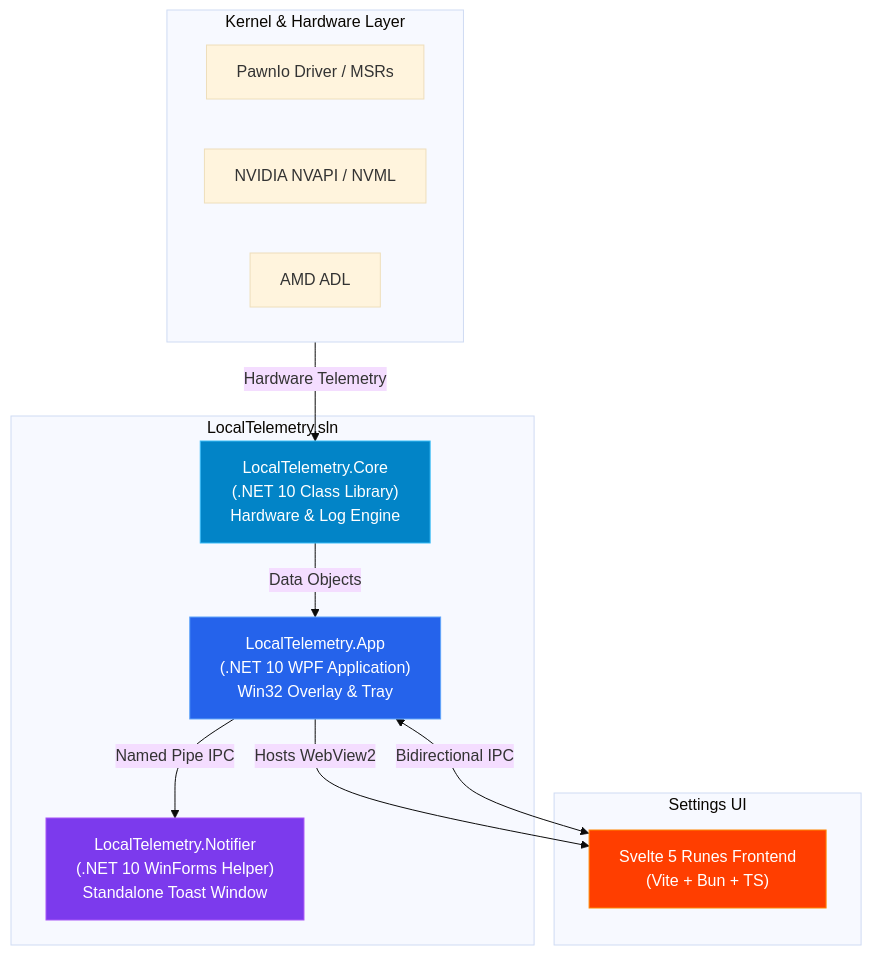
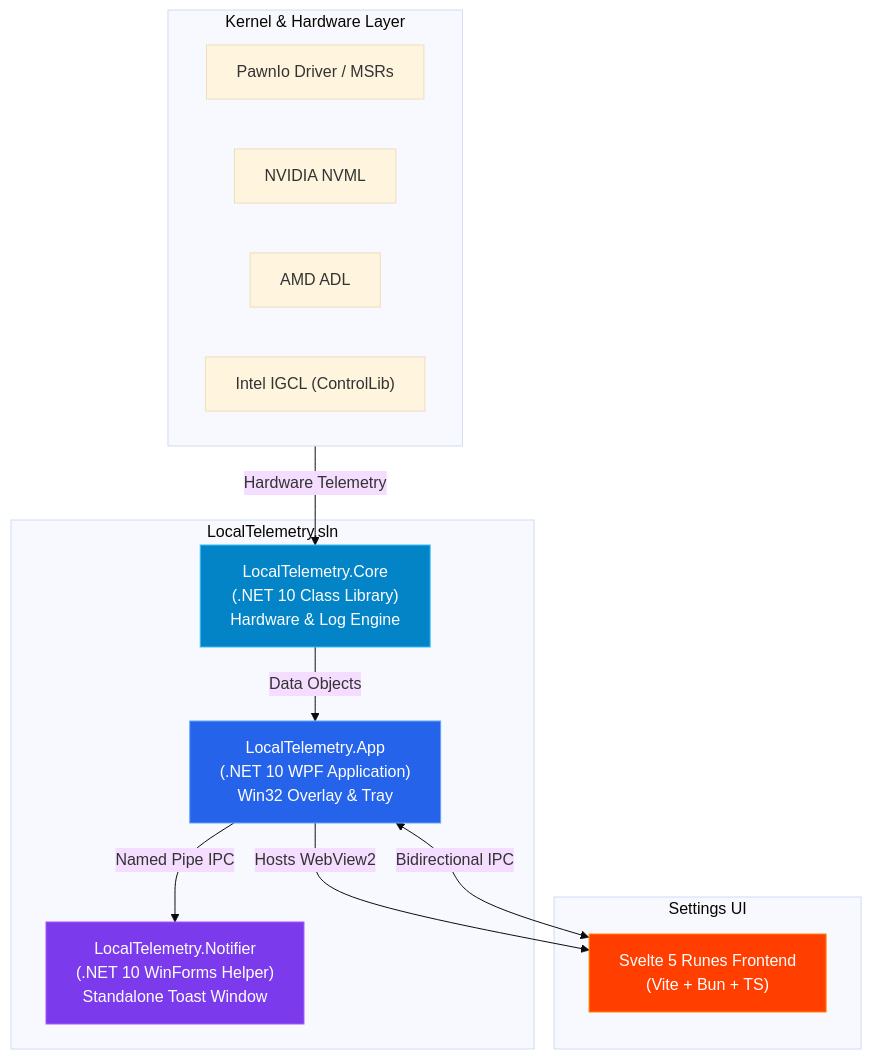
Before and after one commit to Nicconike/LocalTelemetry: the diagram in docs/developer-guide/index.md, drawn with Mermaid (base theme). The commit also changed other lines of this file and 74 other files, not shown here.

````diff
--- a/docs/developer-guide/index.md
+++ b/docs/developer-guide/index.md
@@ -11,29 +11,30 @@
 ```mermaid
 flowchart TD
     subgraph Solution["LocalTelemetry.sln"]
         Core["LocalTelemetry.Core<br/>(.NET 10 Class Library)<br/>Hardware & Log Engine"]
         App["LocalTelemetry.App<br/>(.NET 10 WPF Application)<br/>Win32 Overlay & Tray"]
         Notifier["LocalTelemetry.Notifier<br/>(.NET 10 WinForms Helper)<br/>Standalone Toast Window"]
     end
 
     subgraph Drivers["Kernel & Hardware Layer"]
         PawnIo["PawnIo Driver / MSRs"]
-        NVAPI["NVIDIA NVAPI / NVML"]
+        NVML["NVIDIA NVML"]
         ADL["AMD ADL"]
+        IGCL["Intel IGCL (ControlLib)"]
     end
 
     subgraph UI["Settings UI"]
         Svelte["Svelte 5 Runes Frontend<br/>(Vite + Bun + TS)"]
     end
 
     Drivers -->|Hardware Telemetry| Core
     Core -->|Data Objects| App
     App -->|Hosts WebView2| Svelte
     Svelte <-->|Bidirectional IPC| App
     App -->|Named Pipe IPC| Notifier
 
     style Core fill:#0284c7,stroke:#38bdf8,color:#fff
     style App fill:#2563eb,stroke:#60a5fa,color:#fff
     style Notifier fill:#7c3aed,stroke:#a855f7,color:#fff
     style Svelte fill:#ff3e00,stroke:#ff8700,color:#fff
 ```
````
